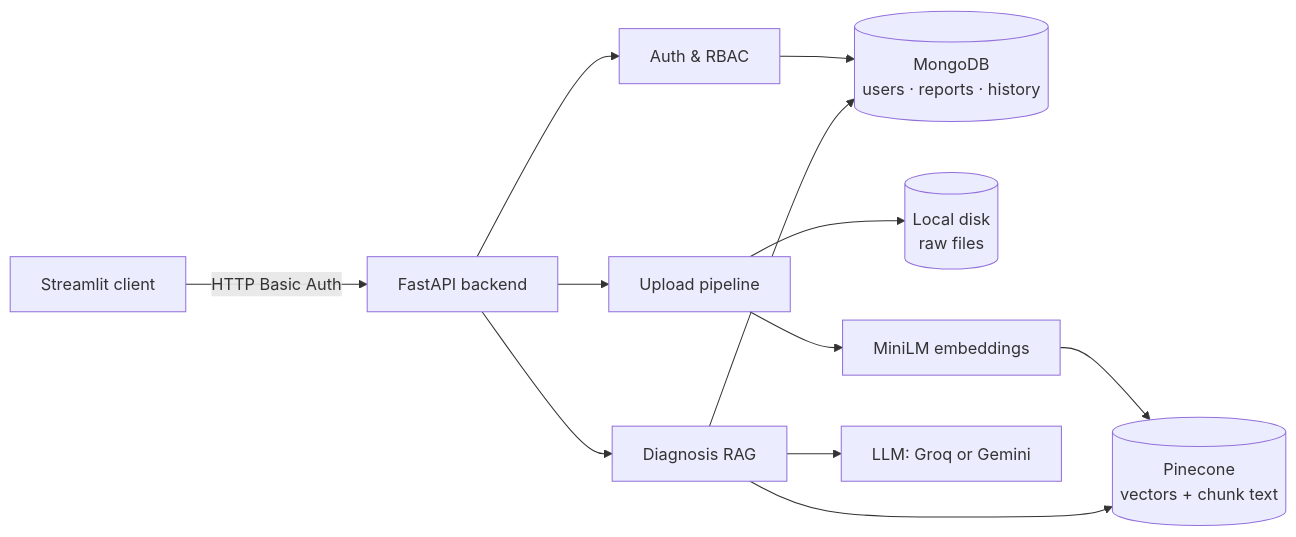
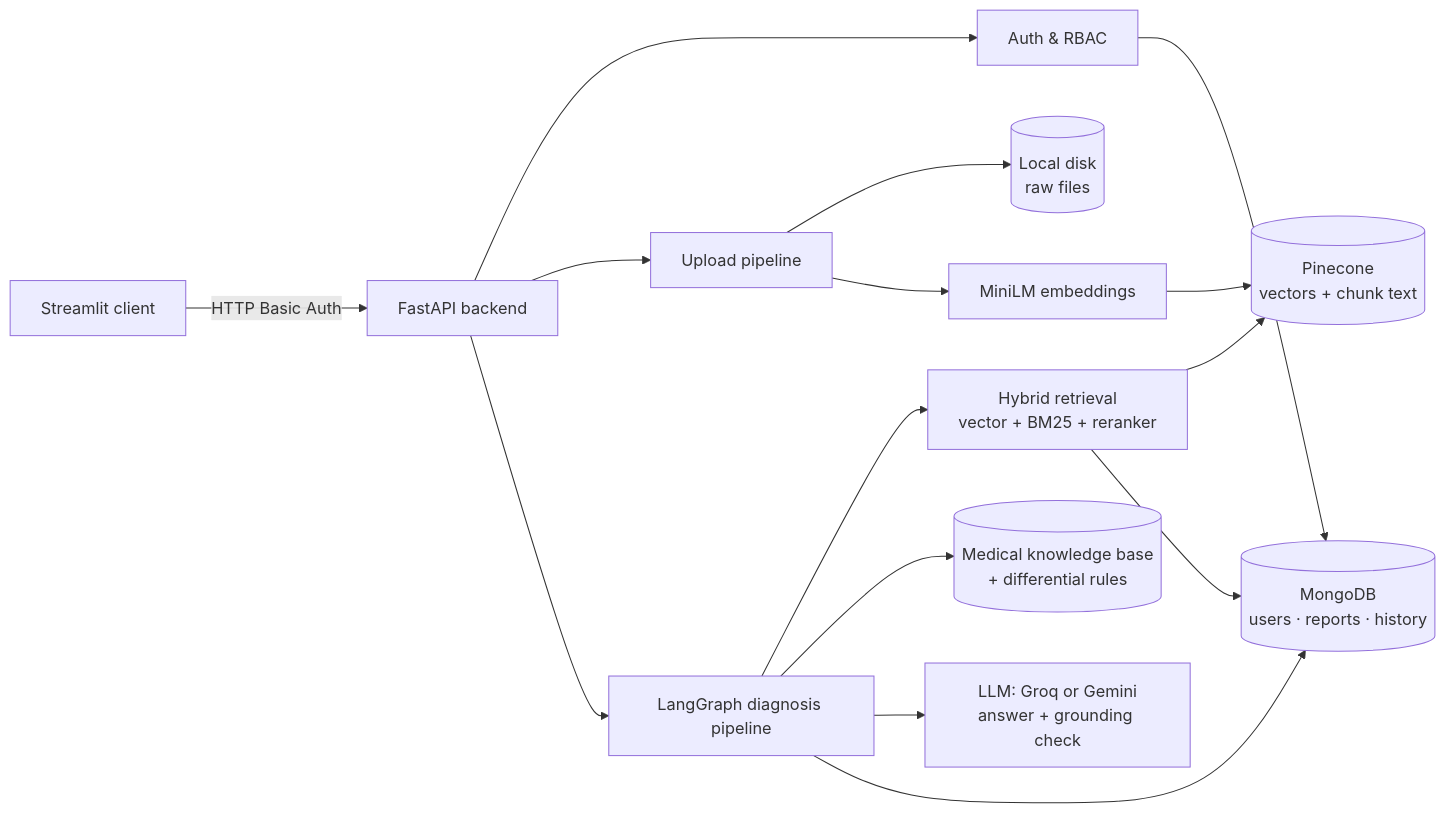
One commit to Ja9035i/Medical_Report_Diagnosis changed the diagram in README.md. Above: the diagram before and after it, drawn with Mermaid. The commit also changed other lines of this file, not shown here.

Commit message:
docs: document hybrid retrieval, knowledge base, differential and LangGraph flow

````diff
--- a/README.md
+++ b/README.md
@@ -32,14 +36,17 @@
 ```mermaid
 flowchart LR
     UI[Streamlit client] -- HTTP Basic Auth --> API[FastAPI backend]
     API --> AUTH[Auth & RBAC]
     AUTH --> MDB[(MongoDB<br/>users · reports · history)]
     API --> UP[Upload pipeline]
     UP --> DISK[(Local disk<br/>raw files)]
     UP --> EMB[MiniLM embeddings]
     EMB --> PC[(Pinecone<br/>vectors + chunk text)]
-    API --> RAG[Diagnosis RAG]
-    RAG --> PC
-    RAG --> LLM[LLM: Groq or Gemini]
-    RAG --> MDB
+    API --> G[LangGraph diagnosis pipeline]
+    G --> R[Hybrid retrieval<br/>vector + BM25 + reranker]
+    R --> PC
+    R --> MDB
+    G --> KB[(Medical knowledge base<br/>+ differential rules)]
+    G --> LLM[LLM: Groq or Gemini<br/>answer + grounding check]
+    G --> MDB
 ```
````
